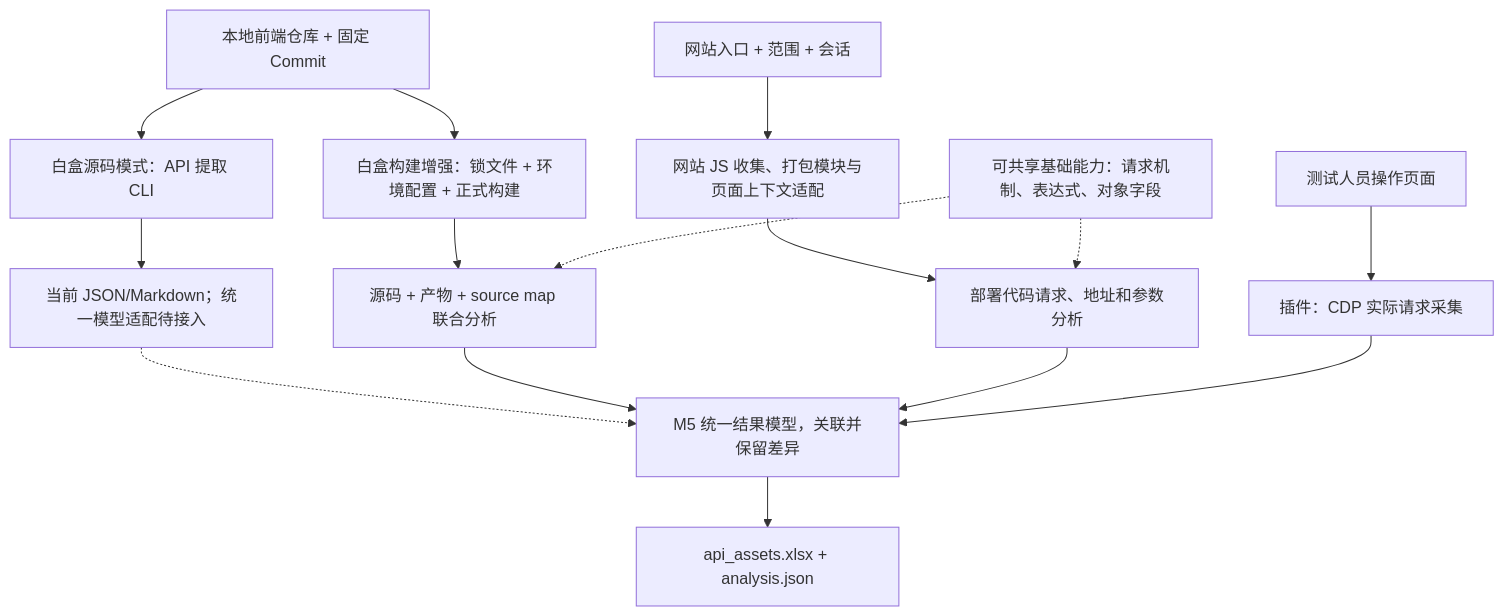
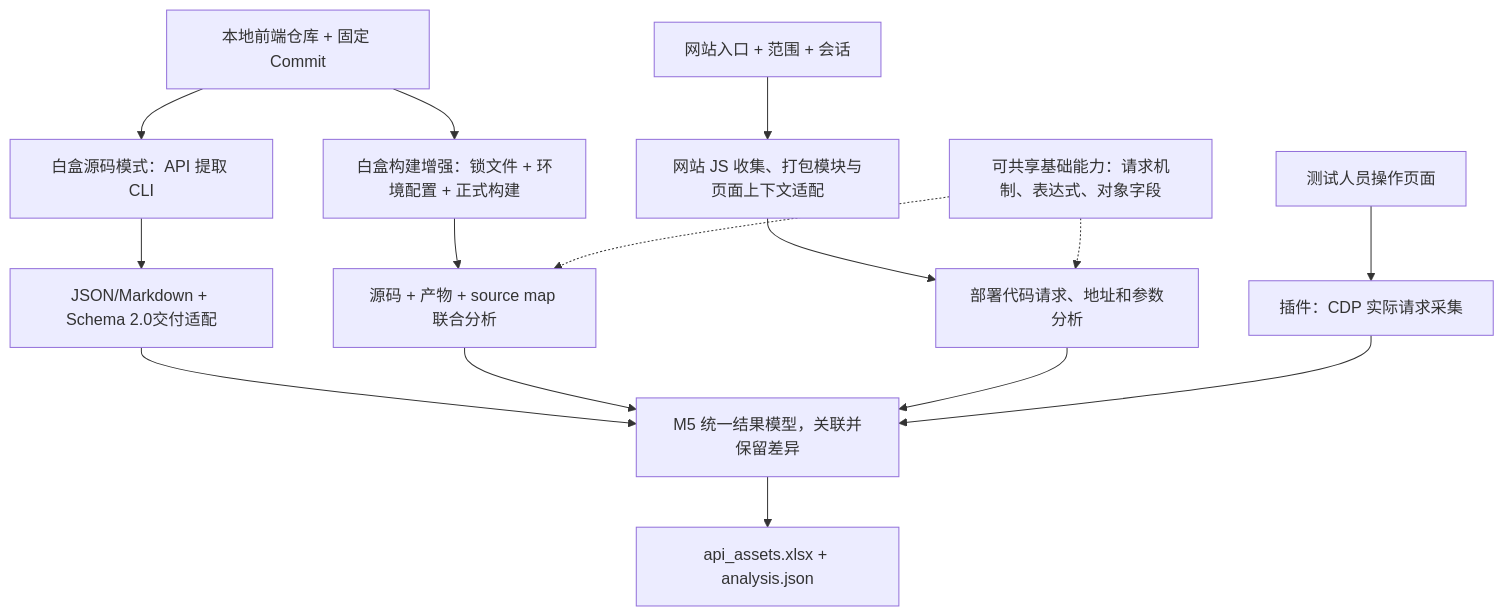
One commit to luohaijiang789/js-security changed the diagram in docs/API资产收集总方案.md. Above: the diagram before and after it, drawn with Mermaid. The commit also changed other lines of this file and 91 other files, not shown here.

````diff
--- a/docs/API资产收集总方案.md
+++ b/docs/API资产收集总方案.md
@@ -17,17 +17,17 @@
 ```mermaid
 flowchart TD
     W["本地前端仓库 + 固定 Commit"] --> SRC["白盒源码模式：API 提取 CLI"]
     W --> WA["白盒构建增强：锁文件 + 环境配置 + 正式构建"]
     WA --> WS["源码 + 产物 + source map 联合分析"]
     S["网站入口 + 范围 + 会话"] --> SA["网站 JS 收集、打包模块与页面上下文适配"]
     SA --> SS["部署代码请求、地址和参数分析"]
     B["测试人员操作页面"] --> BR["插件：CDP 实际请求采集"]
     C["可共享基础能力：请求机制、表达式、对象字段"] -.-> WS
     C -.-> SS
-    SRC --> P["当前 JSON/Markdown；统一模型适配待接入"]
-    P -.-> M["M5 统一结果模型，关联并保留差异"]
+    SRC --> P["JSON/Markdown + Schema 2.0交付适配"]
+    P --> M["M5 统一结果模型，关联并保留差异"]
     WS --> M
     SS --> M
     BR --> M
     M --> X["api_assets.xlsx + analysis.json"]
 ```
````
